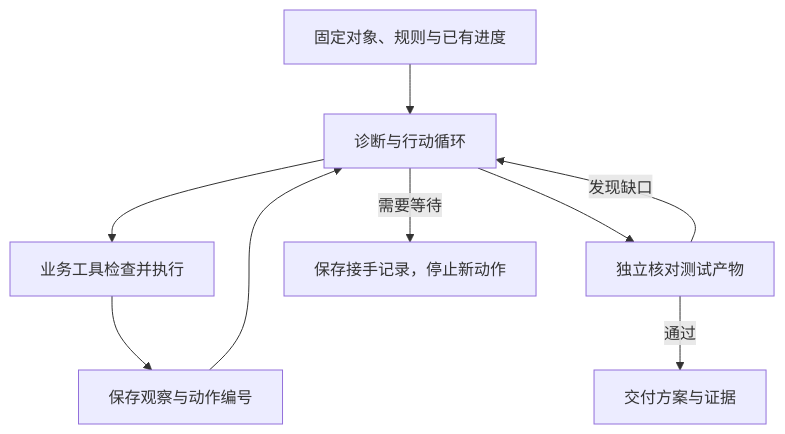
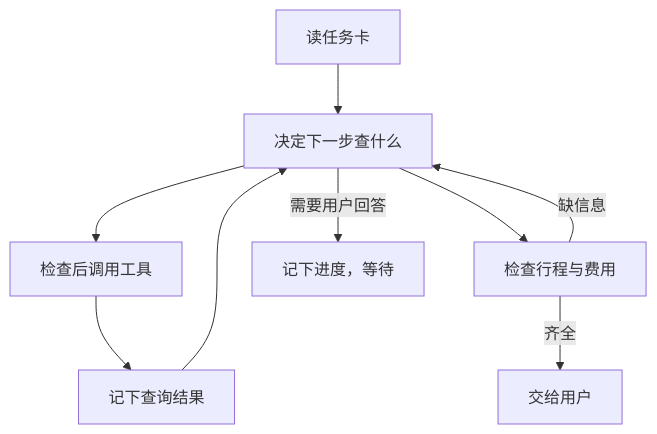
One commit to Mar-garet/agent-book changed the diagram in book/11-design-and-experiments.md. Above: the diagram before and after it, drawn with Mermaid. The commit also changed other lines of this file and 27 other files, not shown here.

````diff
--- a/book/11-design-and-experiments.md
+++ b/book/11-design-and-experiments.md
@@ -28,12 +33,12 @@
 ```mermaid
-%% R42 从继续调查到交付，需要保住哪些边界
+%% 从补齐资料到交出行程
 flowchart TD
-    T[固定对象、规则与已有进度] --> D[诊断与行动循环]
-    D --> P[业务工具检查并执行]
-    P --> O[保存观察与动作编号]
+    T[读任务卡] --> D[决定下一步查什么]
+    D --> P[检查后调用工具]
+    P --> O[记下查询结果]
     O --> D
-    D --> V[独立核对测试产物]
-    V -->|通过| F[交付方案与证据]
-    V -->|发现缺口| D
-    D -->|需要等待| W[保存接手记录，停止新动作]
+    D --> V[检查行程与费用]
+    V -->|齐全| F[交给用户]
+    V -->|缺信息| D
+    D -->|需要用户回答| W[记下进度，等待]
 ```
````
